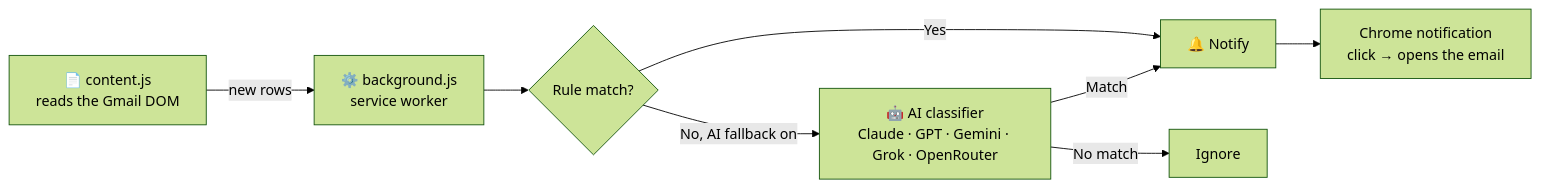
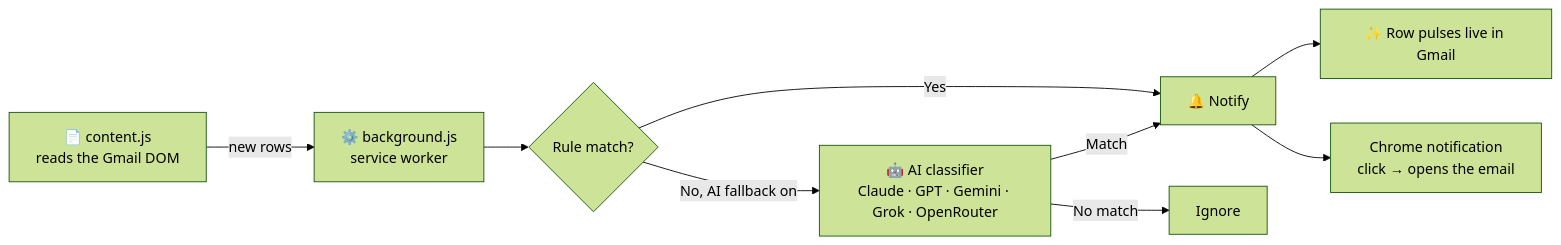
One commit to kashyapgithub/emails-that-you-actually-need changed the diagram in README.md. Above: the diagram before and after it, drawn with Mermaid (forest theme). The commit also changed other lines of this file and 6 other files, not shown here.

First line of the commit message:
The flagship feature: matched emails glow live inside Gmail itself

````diff
--- a/README.md
+++ b/README.md
@@ -40,10 +36,11 @@
 ```mermaid
 flowchart LR
     A["📄 content.js<br/>reads the Gmail DOM"] -->|new rows| B["⚙️ background.js<br/>service worker"]
     B --> C{Rule match?}
     C -->|Yes| E["🔔 Notify"]
     C -->|No, AI fallback on| D["🤖 AI classifier<br/>Claude · GPT · Gemini · Grok · OpenRouter"]
     D -->|Match| E
     D -->|No match| F["Ignore"]
+    E --> H["✨ Row pulses live in Gmail"]
     E --> G["Chrome notification<br/>click → opens the email"]
 ```
````
